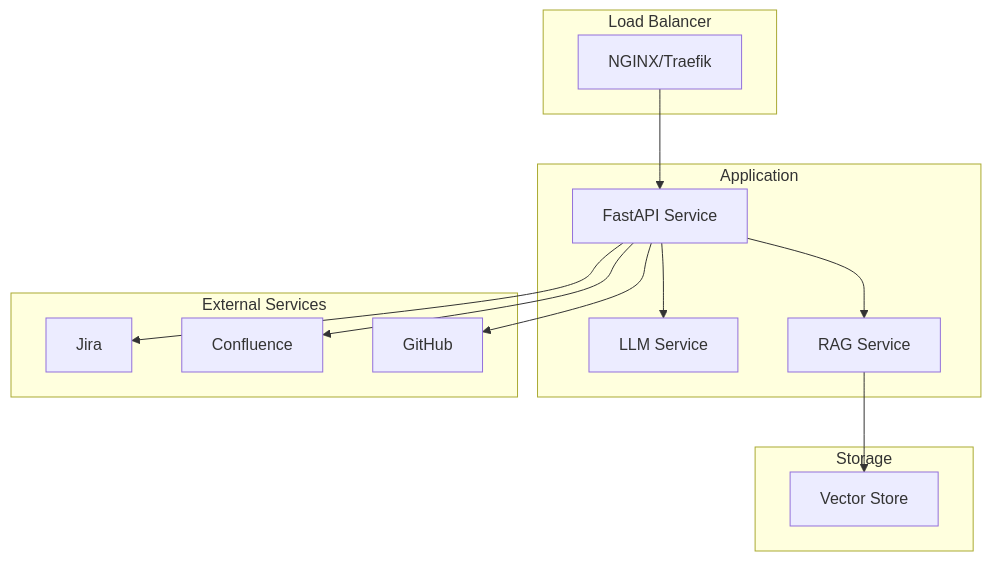
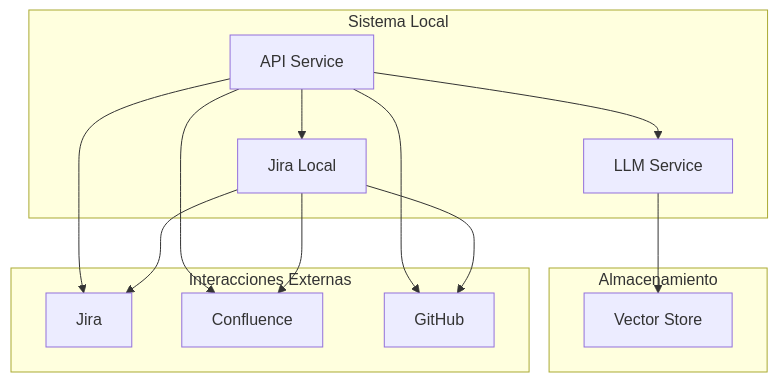
The second of 2 diagrams in readme.md (rgarciademarina/AI4Devs-finalproject-RGM), drawn with Mermaid before and after one commit. The commit also changed other lines of this file and 1 other file, not shown here.

````diff
--- a/readme.md
+++ b/readme.md
@@ -350,30 +291,28 @@
 ```mermaid
 graph TB
-    subgraph "Load Balancer"
-        LB[NGINX/Traefik]
+    subgraph "Sistema Local"
+        LLM[LLM Service]
+        API[API Service]
+        Jira[Jira Local]
     end
 
-    subgraph "Application"
-        API[FastAPI Service]
-        LLM[LLM Service]
-        RAG[RAG Service]
-    end
-
-    subgraph "Storage"
+    subgraph "Almacenamiento"
         VS[Vector Store]
     end
 
-    subgraph "External Services"
-        JIRA[Jira]
+    subgraph "Interacciones Externas"
+        JIRA[Jira] 
         CONF[Confluence]
         GH[GitHub]
     end
 
-    LB --> API
     API --> LLM
-    API --> RAG
-    RAG --> VS
+    API --> Jira
     API --> JIRA
     API --> CONF
     API --> GH
+    LLM --> VS
+    Jira --> JIRA
+    Jira --> CONF
+    Jira --> GH
 ```
````
